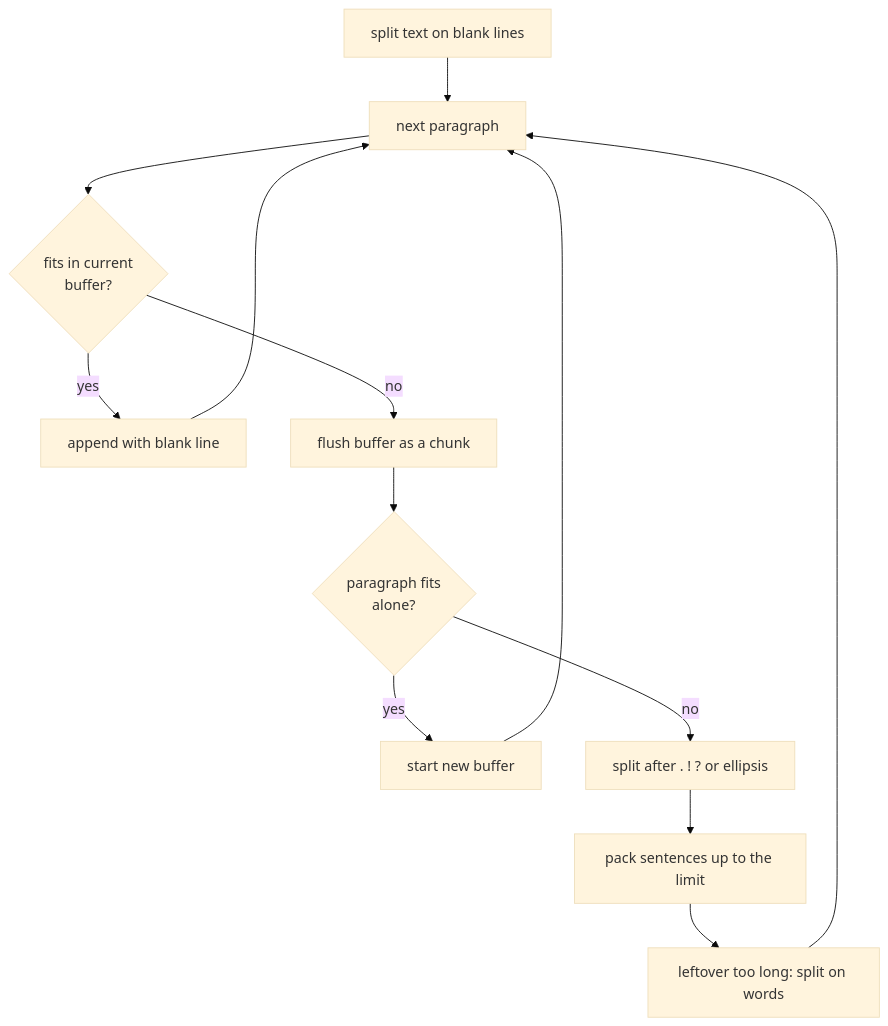
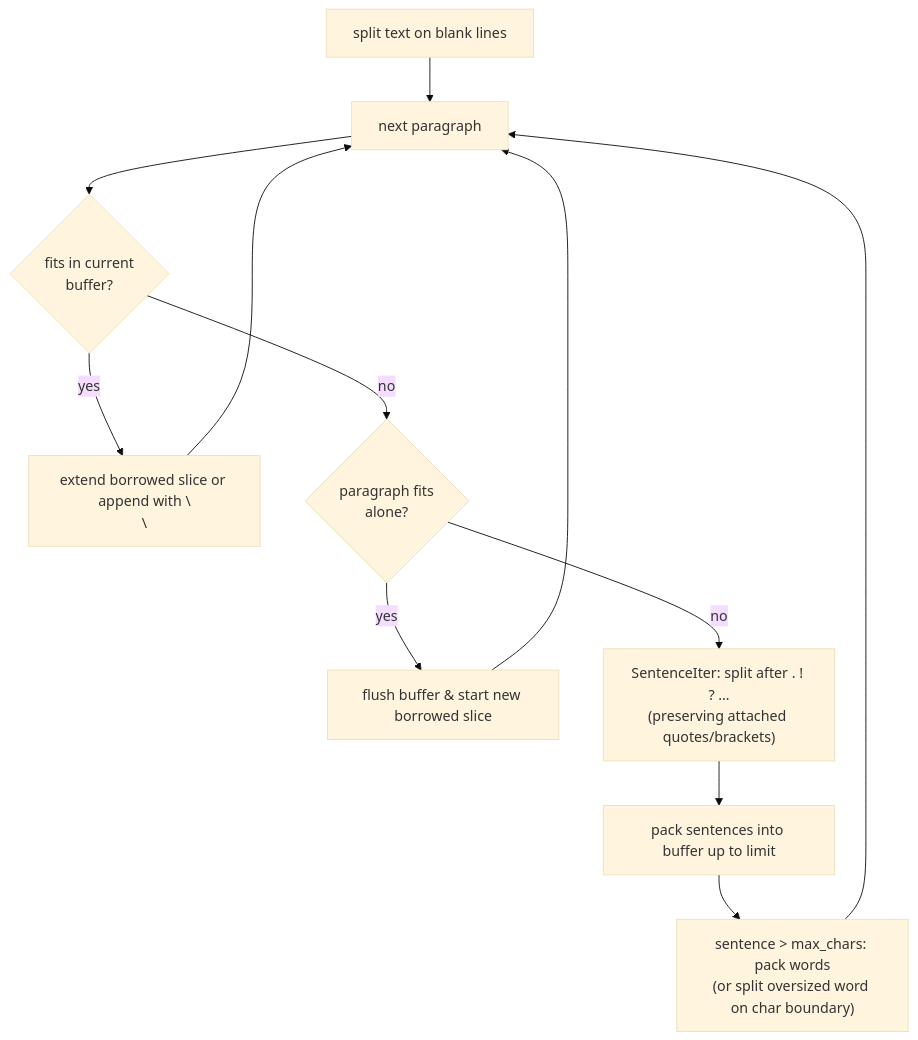
The second of 2 diagrams in docs/rust-core.md (abdullahkhfb/narrately), drawn with Mermaid (base theme) before and after one commit. The commit also changed other lines of this file and 50 other files, not shown here.

````diff
--- a/docs/rust-core.md
+++ b/docs/rust-core.md
@@ -52,15 +56,14 @@
 ```mermaid
 flowchart TD
     start["split text on blank lines"] --> para["next paragraph"]
     para --> fit{"fits in current<br/>buffer?"}
-    fit -- yes --> append["append with blank line"]
-    fit -- no --> flush["flush buffer as a chunk"]
-    flush --> short{"paragraph fits<br/>alone?"}
-    short -- yes --> begin["start new buffer"]
-    short -- no --> sentences["split after . ! ? or ellipsis"]
-    sentences --> pack["pack sentences up to the limit"]
-    pack --> words["leftover too long: split on words"]
+    fit -- yes --> append["extend borrowed slice or append with \\n\\n"]
+    fit -- no --> short{"paragraph fits<br/>alone?"}
+    short -- yes --> flush["flush buffer & start new borrowed slice"]
+    short -- no --> sentences["SentenceIter: split after . ! ? …<br/>(preserving attached quotes/brackets)"]
+    sentences --> pack["pack sentences into buffer up to limit"]
+    pack --> words["sentence > max_chars: pack words<br/>(or split oversized word on char boundary)"]
     append --> para
-    begin --> para
+    flush --> para
     words --> para
 ```
````
